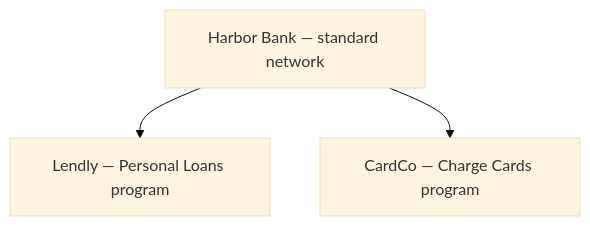
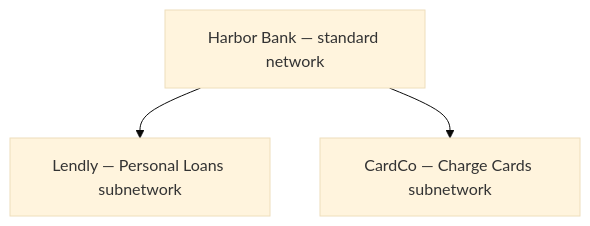
One commit to solo-finance/docs changed the first of 2 diagrams in concepts/governance/network-governance.mdx. Above: the diagram before and after it, drawn with Mermaid (base theme). The commit also changed other lines of this file and 33 other files, not shown here.

````diff
--- a/concepts/governance/network-governance.mdx
+++ b/concepts/governance/network-governance.mdx
@@ -107,9 +107,9 @@
 ```mermaid
 graph TD
     Harbor[Harbor Bank — standard network]
-    Lendly[Lendly — Personal Loans program]
-    CardCo[CardCo — Charge Cards program]
+    Lendly[Lendly — Personal Loans subnetwork]
+    CardCo[CardCo — Charge Cards subnetwork]
 
     Harbor --> Lendly
     Harbor --> CardCo
 ```
````
